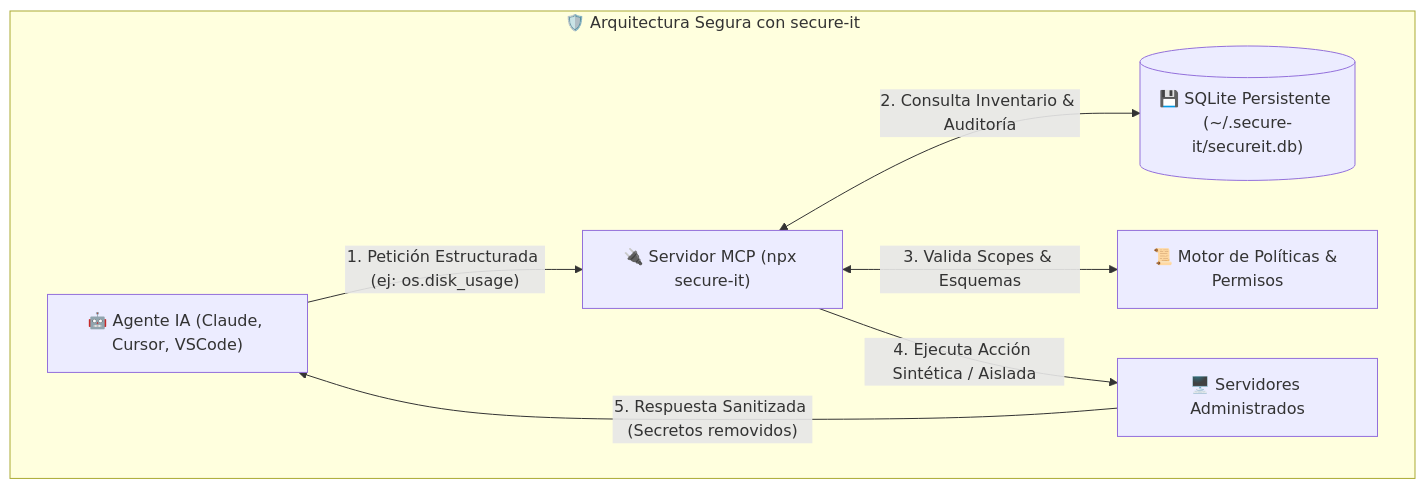
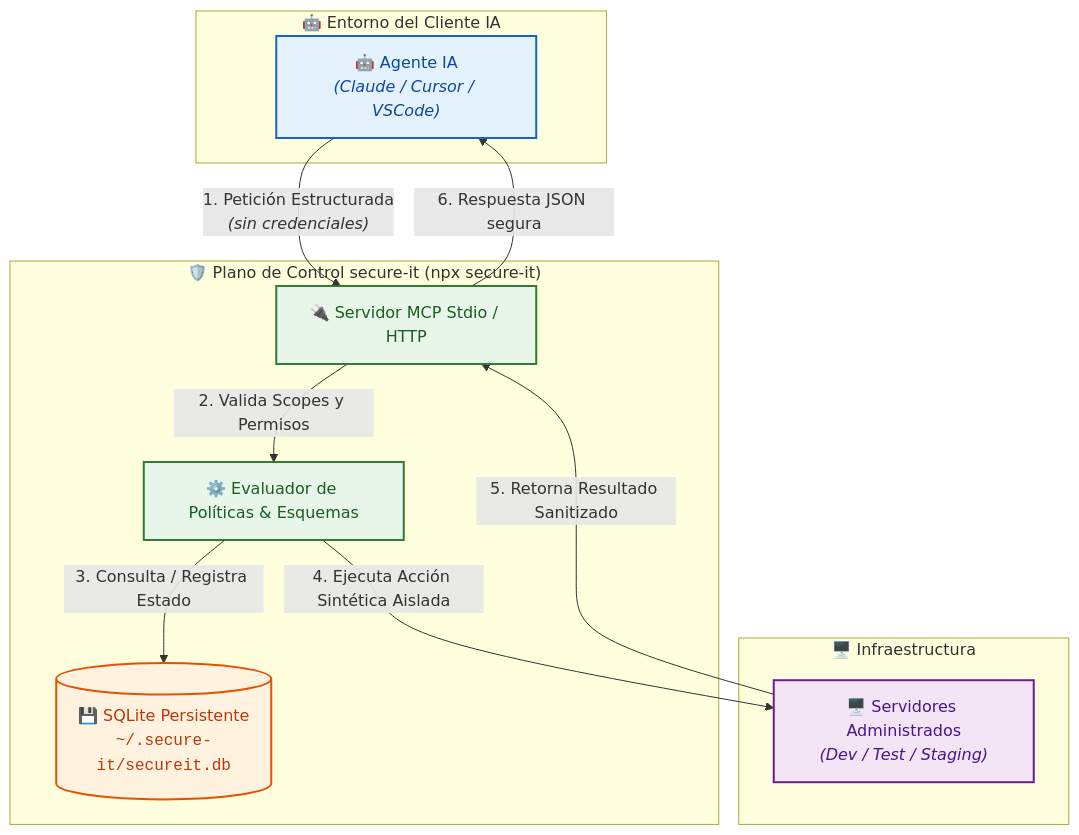
The second of 2 diagrams in README.md (elhumbertoz/secure-it), drawn with Mermaid before and after one commit. The commit also changed other lines of this file, not shown here.

Commit message:
style: redesign Mermaid diagrams for high visual aesthetics and clarity

````diff
--- a/README.md
+++ b/README.md
@@ -31,16 +39,30 @@
 ```mermaid
 flowchart TD
-    subgraph SECURE["🛡️ Arquitectura Segura con secure-it"]
-        Agent["🤖 Agente IA (Claude, Cursor, VSCode)"]
-        MCP["🔌 Servidor MCP (npx secure-it)"]
-        DB[("💾 SQLite Persistente (~/.secure-it/secureit.db)")]
-        Policy["📜 Motor de Políticas & Permisos"]
-        Target["🖥️ Servidores Administrados"]
+    %% Estilos Visuales de Nodos
+    classDef client fill:#e3f2fd,stroke:#1565c0,stroke-width:2px,color:#0d47a1;
+    classDef secureIt fill:#e8f5e9,stroke:#2e7d32,stroke-width:2px,color:#1b5e20;
+    classDef storage fill:#fff3e0,stroke:#e65100,stroke-width:2px,color:#bf360c;
+    classDef target fill:#f3e5f5,stroke:#6a1b9a,stroke-width:2px,color:#4a148c;
 
-        Agent -->|"1. Petición Estructurada (ej: os.disk_usage)"| MCP
-        MCP <-->|"2. Consulta Inventario & Auditoría"| DB
-        MCP <-->|"3. Valida Scopes & Esquemas"| Policy
-        MCP -->|"4. Ejecuta Acción Sintética / Aislada"| Target
-        Target -->|"5. Respuesta Sanitizada (Secretos removidos)"| Agent
+    subgraph CLIENT[" 🤖 Entorno del Cliente IA "]
+        Agent["🤖 Agente IA<br/><i>(Claude / Cursor / VSCode)</i>"]:::client
     end
+
+    subgraph PROXY[" 🛡️ Plano de Control secure-it (npx secure-it) "]
+        MCP["🔌 Servidor MCP Stdio / HTTP"]:::secureIt
+        Engine["⚙️ Evaluador de Políticas & Esquemas"]:::secureIt
+        DB[("💾 SQLite Persistente<br/><code>~/.secure-it/secureit.db</code>")]:::storage
+    end
+
+    subgraph INFRA[" 🖥️ Infraestructura "]
+        TargetServer["🖥️ Servidores Administrados<br/><i>(Dev / Test / Staging)</i>"]:::target
+    end
+
+    %% Flujos Interactivos
+    Agent -->|"1. Petición Estructurada<br/><i>(sin credenciales)</i>"| MCP
+    MCP -->|"2. Valida Scopes y Permisos"| Engine
+    Engine -->|"3. Consulta / Registra Estado"| DB
+    Engine -->|"4. Ejecuta Acción Sintética Aislada"| TargetServer
+    TargetServer -->|"5. Retorna Resultado Sanitizado"| MCP
+    MCP -->|"6. Respuesta JSON segura"| Agent
 ```
````
